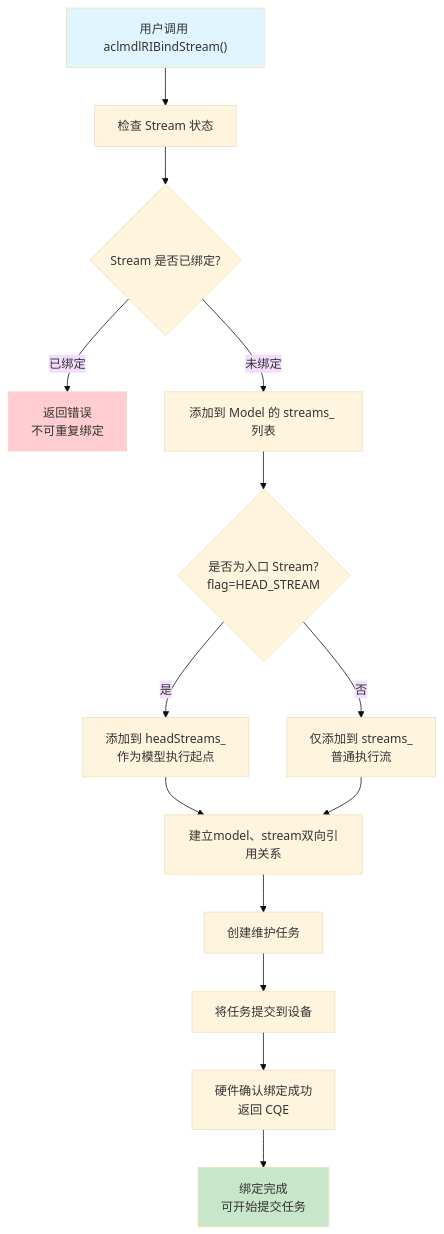
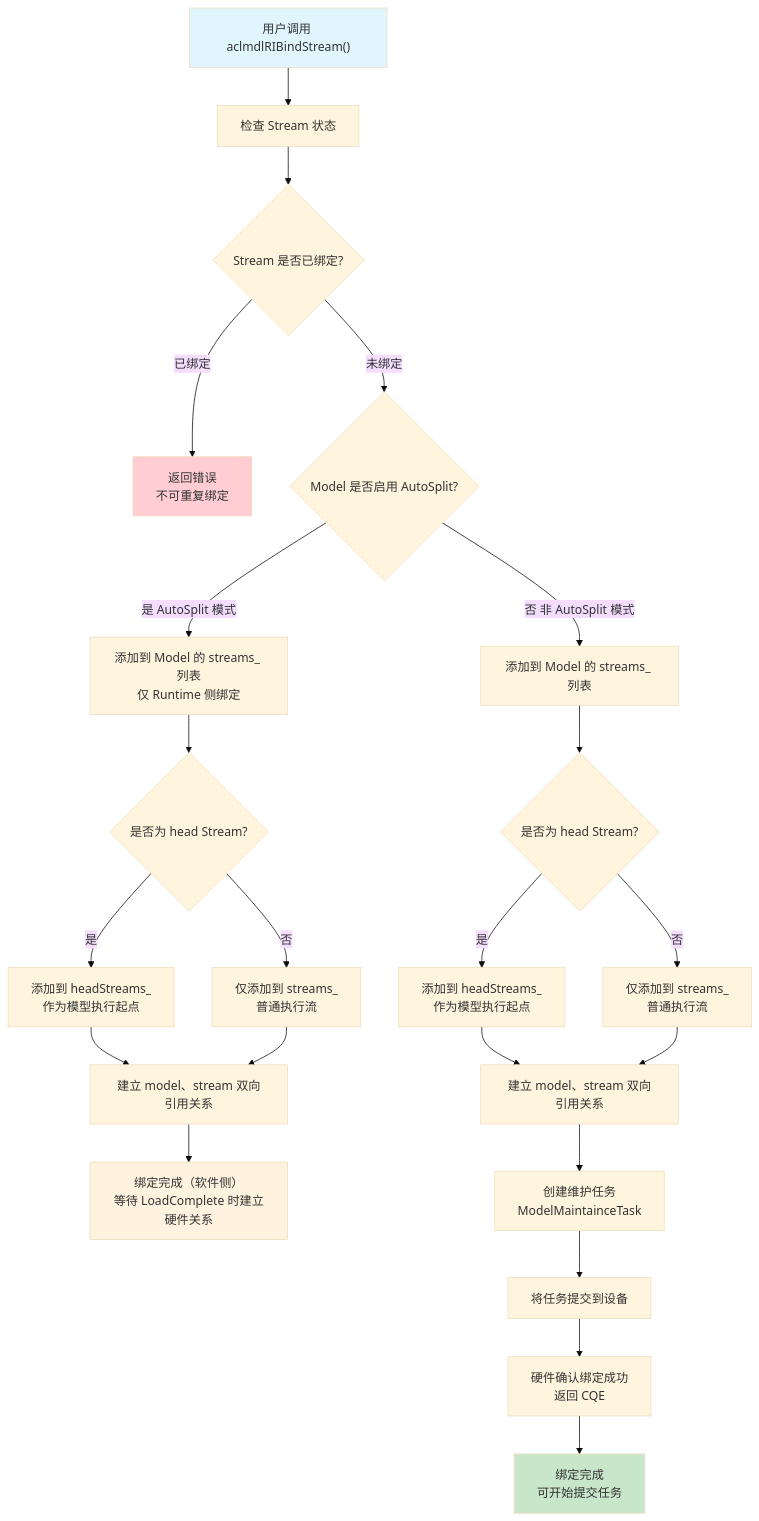
The tenth of 21 diagrams in docs/design/modules/model/model.md (18liumin/runtime), drawn with Mermaid (base theme) before and after one commit. The commit also changed other lines of this file, not shown here.

````diff
--- a/docs/design/modules/model/model.md
+++ b/docs/design/modules/model/model.md
@@ -348,22 +589,33 @@
 ```mermaid
 flowchart TD
     A["用户调用 aclmdlRIBindStream()"] --> B["检查 Stream 状态"]
     B --> C{"Stream 是否已绑定?"}
     C -->|已绑定| D["返回错误<br/>不可重复绑定"]
-    C -->|未绑定| E["添加到 Model 的 streams_ 列表"]
+    C -->|未绑定| J{"Model 是否启用 AutoSplit?"}
     
-    E --> F{"是否为入口 Stream?<br/>flag=HEAD_STREAM"}
-    F -->|是| G["添加到 headStreams_<br/>作为模型执行起点"]
-    F -->|否| H["仅添加到 streams_<br/>普通执行流"]
+    %% AutoSplit 路径
+    J -->|是 AutoSplit 模式| E1["添加到 Model 的 streams_ 列表<br/>仅 Runtime 侧绑定"]
+    E1 --> F1{"是否为 head Stream?"}
+    F1 -->|是| G1["添加到 headStreams_<br/>作为模型执行起点"]
+    F1 -->|否| H1["仅添加到 streams_<br/>普通执行流"]
+    G1 --> I1["建立 model、stream 双向引用关系"]
+    H1 --> I1
+    I1 --> O1["绑定完成（软件侧）<br/>等待 LoadComplete 时建立硬件关系"]
     
-    G --> I["建立model、stream双向引用关系"]
-    H --> I
-    I --> K["创建维护任务<br/>"]
-    K --> L["将任务提交到设备"]
-    L --> M["硬件确认绑定成功<br/>返回 CQE"]
-    M --> O["绑定完成<br/>可开始提交任务"]
+    %% 非 AutoSplit 路径
+    J -->|否 非 AutoSplit 模式| E2["添加到 Model 的 streams_ 列表"]
+    E2 --> F2{"是否为 head Stream?"}
+    F2 -->|是| G2["添加到 headStreams_<br/>作为模型执行起点"]
+    F2 -->|否| H2["仅添加到 streams_<br/>普通执行流"]
+    G2 --> I2["建立 model、stream 双向引用关系"]
+    H2 --> I2
+    I2 --> K2["创建维护任务<br/>ModelMaintainceTask"]
+    K2 --> L2["将任务提交到设备"]
+    L2 --> M2["硬件确认绑定成功<br/>返回 CQE"]
+    M2 --> O2["绑定完成<br/>可开始提交任务"]
     
     style A fill:#e1f5ff
     style D fill:#ffcdd2
-    style O fill:#c8e6c9
+    style O1 fill:#fff3e0
+    style O2 fill:#c8e6c9
 ```
````
